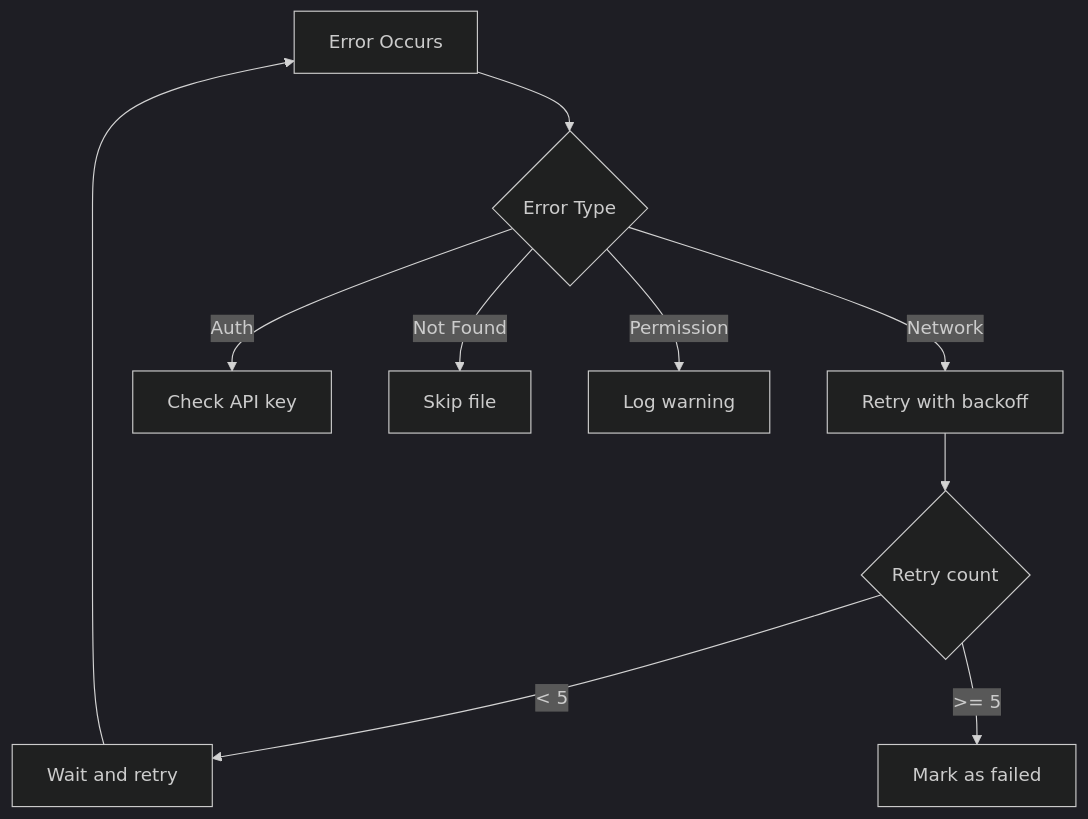
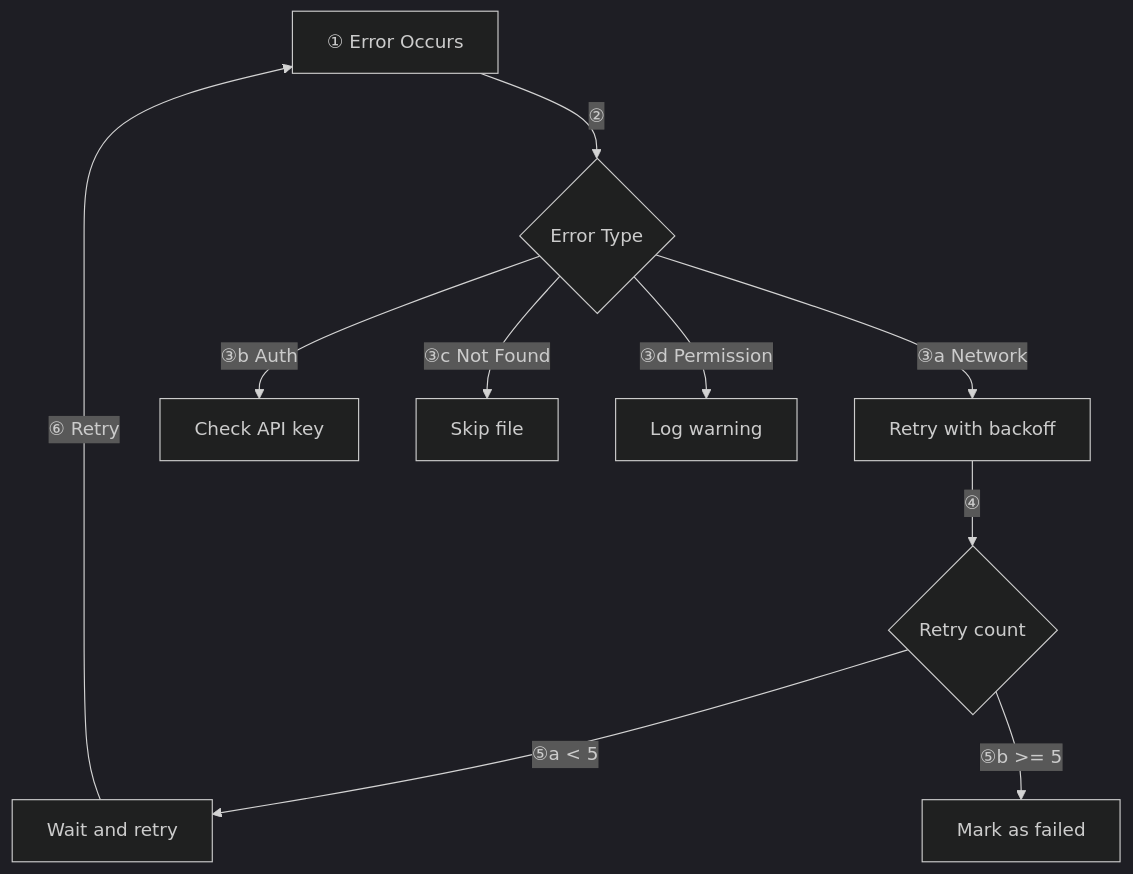
The sixth of 6 diagrams in docs/usage.md (albertsdk/hsync-client), drawn with Mermaid (dark theme) before and after one commit. The commit also changed other lines of this file and 21 other files, not shown here.

First line of the commit message:
Add numbered phases to documentation diagrams

````diff
--- a/docs/usage.md
+++ b/docs/usage.md
@@ -187,15 +188,15 @@
 ```mermaid
 flowchart TD
-    E[Error Occurs] --> T{Error Type}
-    
-    T -->|Network| N[Retry with backoff]
-    T -->|Auth| A[Check API key]
-    T -->|Not Found| NF[Skip file]
-    T -->|Permission| P[Log warning]
-    
-    N --> R{Retry count}
-    R -->|< 5| W[Wait and retry]
-    R -->|>= 5| F[Mark as failed]
+    E[① Error Occurs] -->|"②"| T{Error Type}
 
-    W --> E
+    T -->|"③a Network"| N[Retry with backoff]
+    T -->|"③b Auth"| A[Check API key]
+    T -->|"③c Not Found"| NF[Skip file]
+    T -->|"③d Permission"| P[Log warning]
+
+    N -->|"④"| R{Retry count}
+    R -->|"⑤a < 5"| W[Wait and retry]
+    R -->|"⑤b >= 5"| F[Mark as failed]
+
+    W -->|"⑥ Retry"| E
 ```
````
